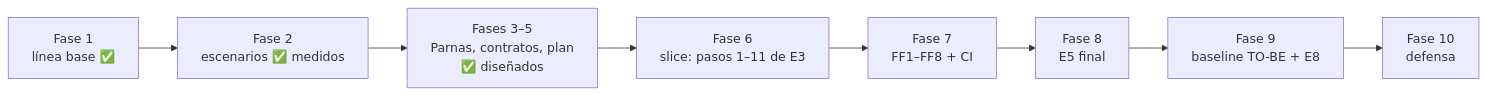
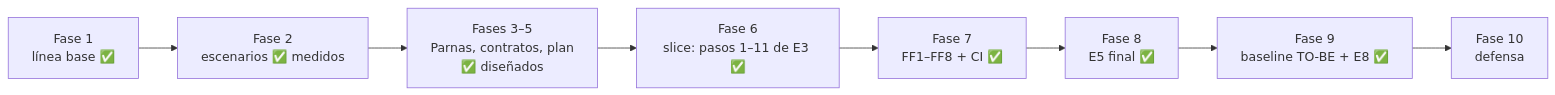
One commit to rvillegast/topicos-ingenieria-software changed the second of 2 diagrams in docs/00-guia-de-diseno.md. Above: the diagram before and after it, drawn with Mermaid. The commit also changed other lines of this file and 8 other files, not shown here.

````diff
--- a/docs/00-guia-de-diseno.md
+++ b/docs/00-guia-de-diseno.md
@@ -59,10 +62,10 @@
 ```mermaid
 flowchart LR
   F1[Fase 1<br/>línea base ✅] --> F2[Fase 2<br/>escenarios ✅ medidos]
   F2 --> F3[Fases 3–5<br/>Parnas, contratos, plan<br/>✅ diseñados]
-  F3 --> F6[Fase 6<br/>slice: pasos 1–11 de E3]
-  F6 --> F7[Fase 7<br/>FF1–FF8 + CI]
-  F7 --> F8[Fase 8<br/>E5 final]
-  F8 --> F9[Fase 9<br/>baseline TO-BE + E8]
+  F3 --> F6[Fase 6<br/>slice: pasos 1–11 de E3 ✅]
+  F6 --> F7[Fase 7<br/>FF1–FF8 + CI ✅]
+  F7 --> F8[Fase 8<br/>E5 final ✅]
+  F8 --> F9[Fase 9<br/>baseline TO-BE + E8 ✅]
   F9 --> F10[Fase 10<br/>defensa]
 ```
````
